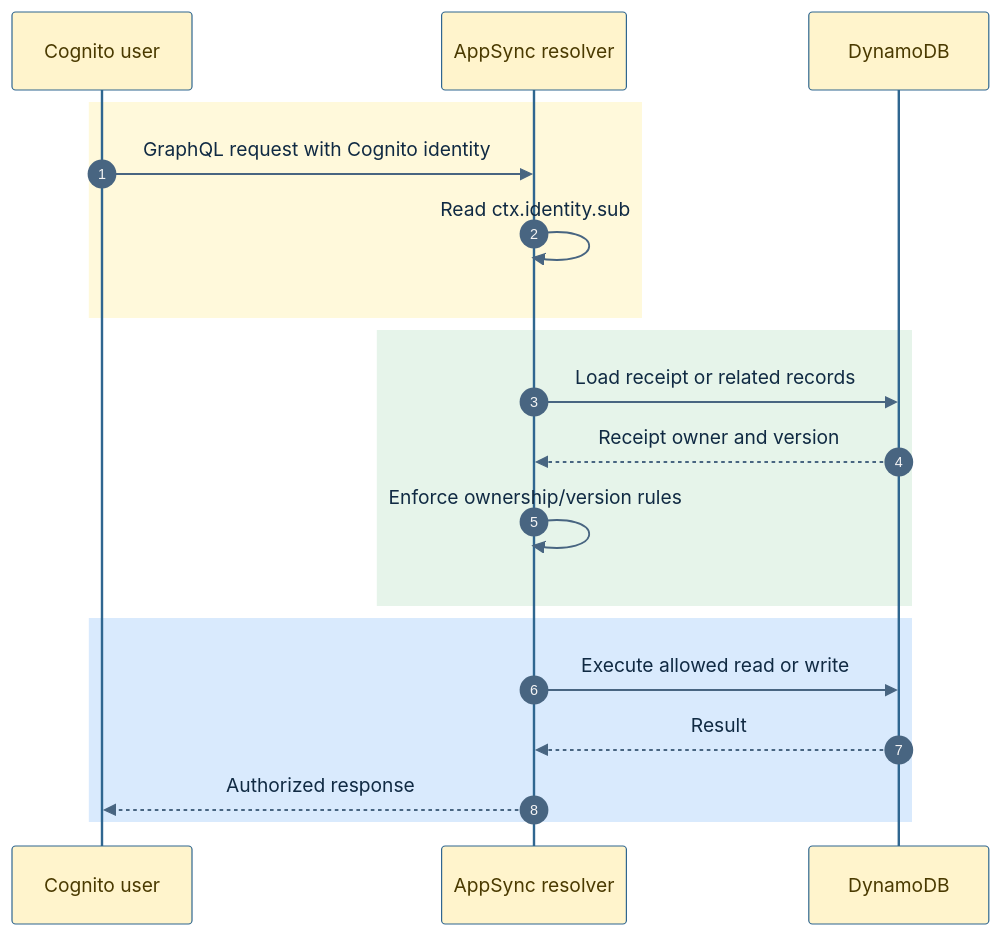
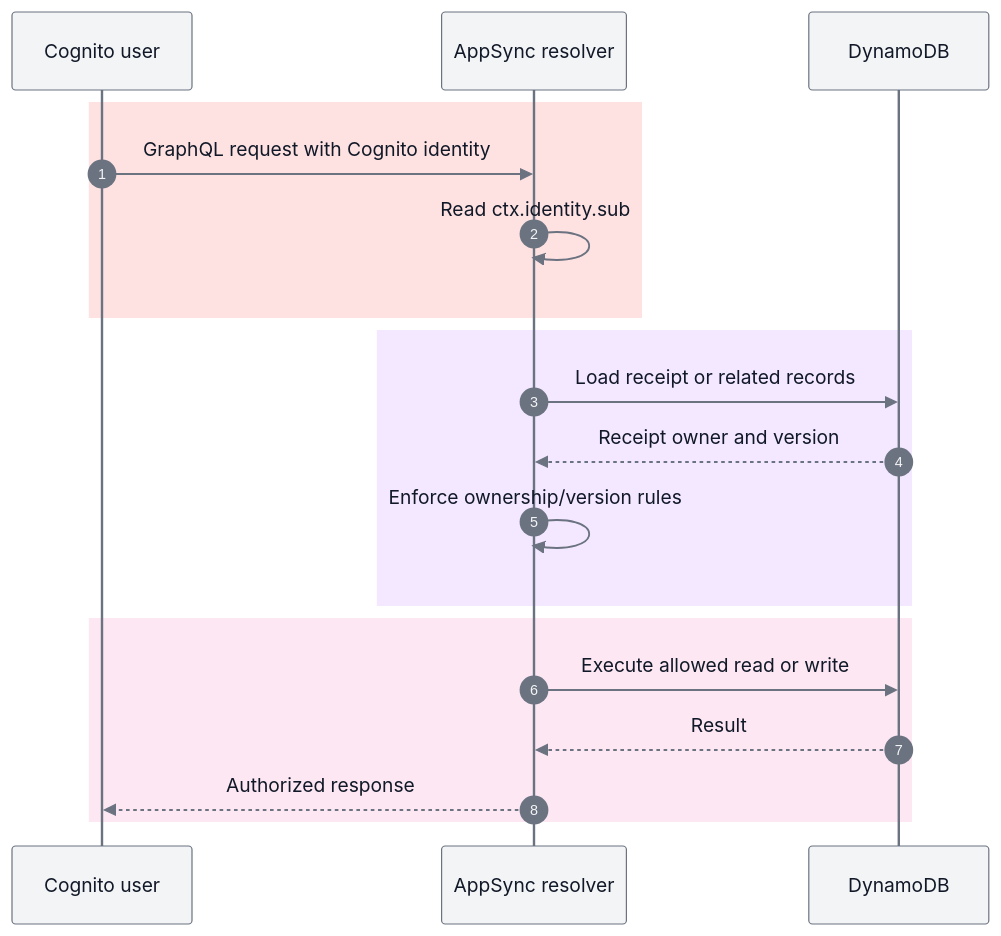
Before and after one commit to reiganarmstrong/check-split-mono: the fifth of 5 diagrams in infra/modules/receipt-api/README.md, drawn with Mermaid. The commit also changed other lines of this file and 9 other files, not shown here.

First line of the commit message:
docs(readme): align architecture diagrams and hosting docs

````diff
--- a/infra/modules/receipt-api/README.md
+++ b/infra/modules/receipt-api/README.md
@@ -207,38 +204,38 @@
 ```mermaid
 ---
 config:
   theme: base
   themeVariables:
     primaryColor: "#D9EAFD"
     primaryTextColor: "#102A43"
     primaryBorderColor: "#2F6690"
-    actorBorder: "#2F6690"
-    actorBkg: "#FFF4CC"
-    actorTextColor: "#4A3A00"
-    signalColor: "#486581"
-    signalTextColor: "#102A43"
-    labelBoxBkgColor: "#E6F4EA"
-    labelBoxBorderColor: "#3C6E47"
-    labelTextColor: "#132A13"
+    actorBorder: "#6B7280"
+    actorBkg: "#F3F4F6"
+    actorTextColor: "#111827"
+    signalColor: "#6B7280"
+    signalTextColor: "#111827"
+    labelBoxBkgColor: "#F9FAFB"
+    labelBoxBorderColor: "#D1D5DB"
+    labelTextColor: "#111827"
 ---
 sequenceDiagram
   autonumber
   participant U as Cognito user
   participant G as AppSync resolver
   participant D as DynamoDB
 
-  rect rgb(255, 249, 219)
+  rect rgb(254, 226, 226)
   U->>G: GraphQL request with Cognito identity
   G->>G: Read ctx.identity.sub
   end
-  rect rgb(230, 244, 234)
+  rect rgb(243, 232, 255)
   G->>D: Load receipt or related records
   D-->>G: Receipt owner and version
   G->>G: Enforce ownership/version rules
   end
-  rect rgb(217, 234, 253)
+  rect rgb(252, 231, 243)
   G->>D: Execute allowed read or write
   D-->>G: Result
   G-->>U: Authorized response
   end
 ```
````
